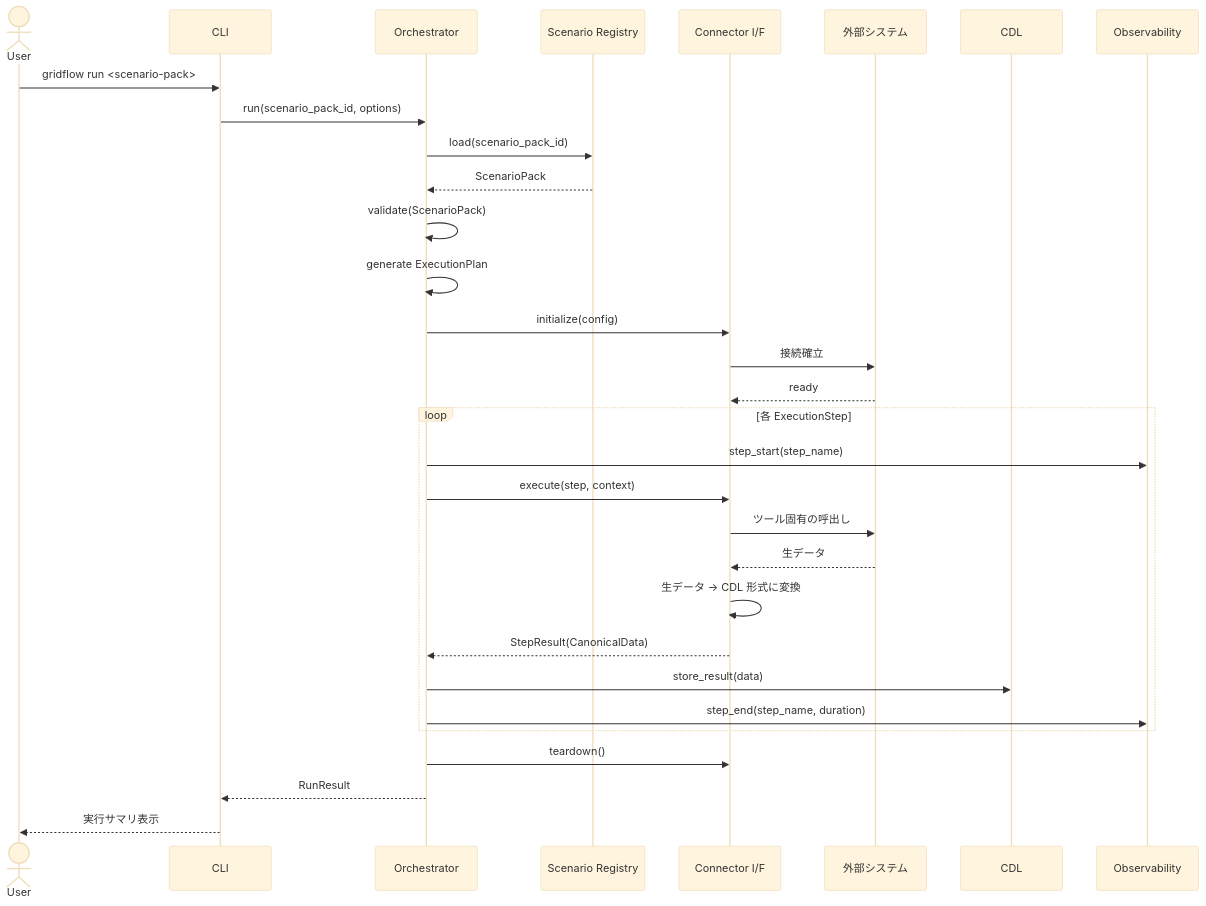
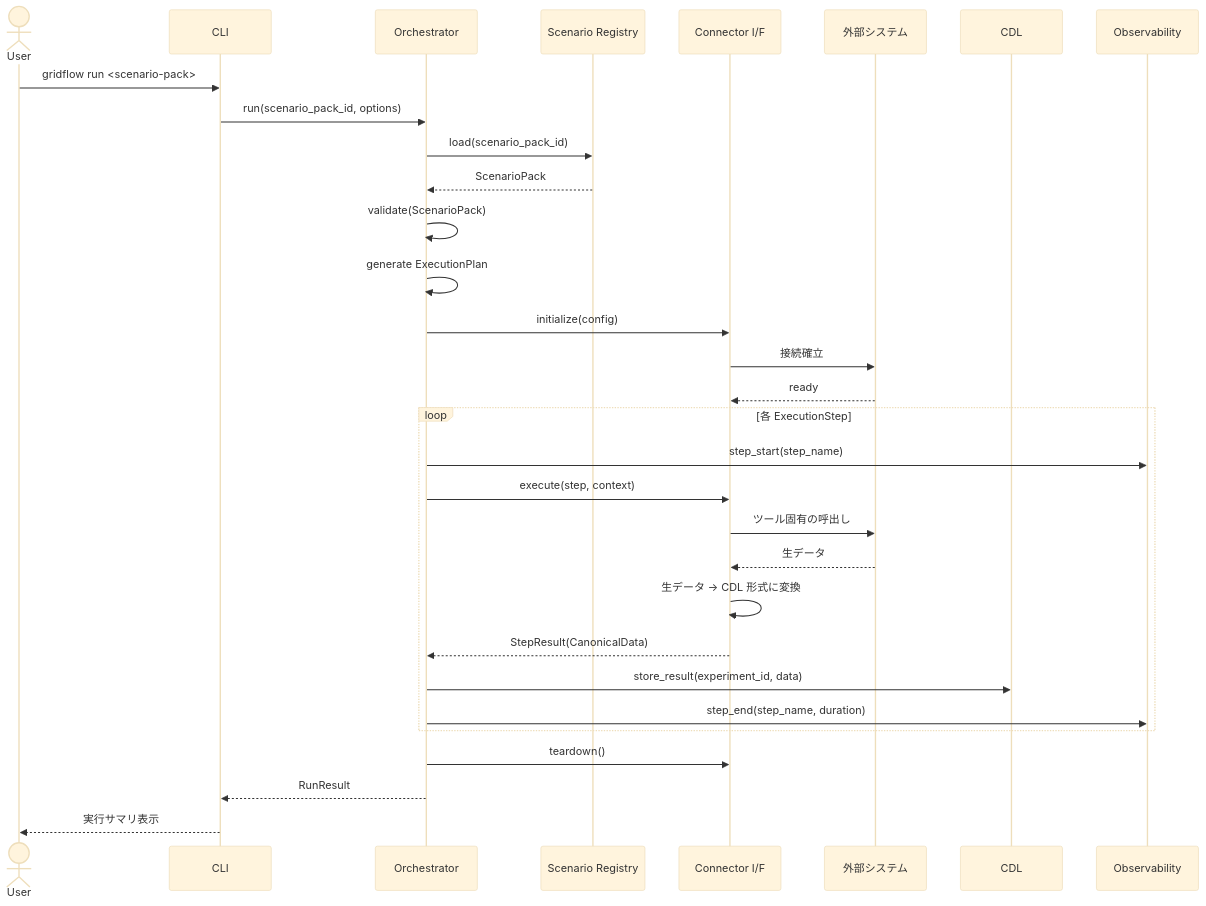
Before and after one commit to bottlenome/gridflow: the fifth of 13 diagrams in docs/architecture/04_dynamic_view.md, drawn with Mermaid (base theme). The commit also changed other lines of this file and 1 other file, not shown here.

First line of the commit message:
docs: fix 8 inconsistencies between static view and sequence diagrams

````diff
--- a/docs/architecture/04_dynamic_view.md
+++ b/docs/architecture/04_dynamic_view.md
@@ -483,39 +483,39 @@
 ```mermaid
 sequenceDiagram
     actor User
     participant CLI
     participant Orchestrator
     participant Registry as Scenario Registry
     participant Connector as Connector I/F
     participant ExtSys as 外部システム
     participant CDL
     participant Logger as Observability
 
     User->>CLI: gridflow run <scenario-pack>
     CLI->>Orchestrator: run(scenario_pack_id, options)
 
     Orchestrator->>Registry: load(scenario_pack_id)
     Registry-->>Orchestrator: ScenarioPack
 
     Orchestrator->>Orchestrator: validate(ScenarioPack)
     Orchestrator->>Orchestrator: generate ExecutionPlan
 
     Orchestrator->>Connector: initialize(config)
     Connector->>ExtSys: 接続確立
     ExtSys-->>Connector: ready
 
     loop 各 ExecutionStep
         Orchestrator->>Logger: step_start(step_name)
         Orchestrator->>Connector: execute(step, context)
         Connector->>ExtSys: ツール固有の呼出し
         ExtSys-->>Connector: 生データ
         Connector->>Connector: 生データ → CDL 形式に変換
         Connector-->>Orchestrator: StepResult(CanonicalData)
-        Orchestrator->>CDL: store_result(data)
+        Orchestrator->>CDL: store_result(experiment_id, data)
         Orchestrator->>Logger: step_end(step_name, duration)
     end
 
     Orchestrator->>Connector: teardown()
     Orchestrator-->>CLI: RunResult
     CLI-->>User: 実行サマリ表示
 ```
````
